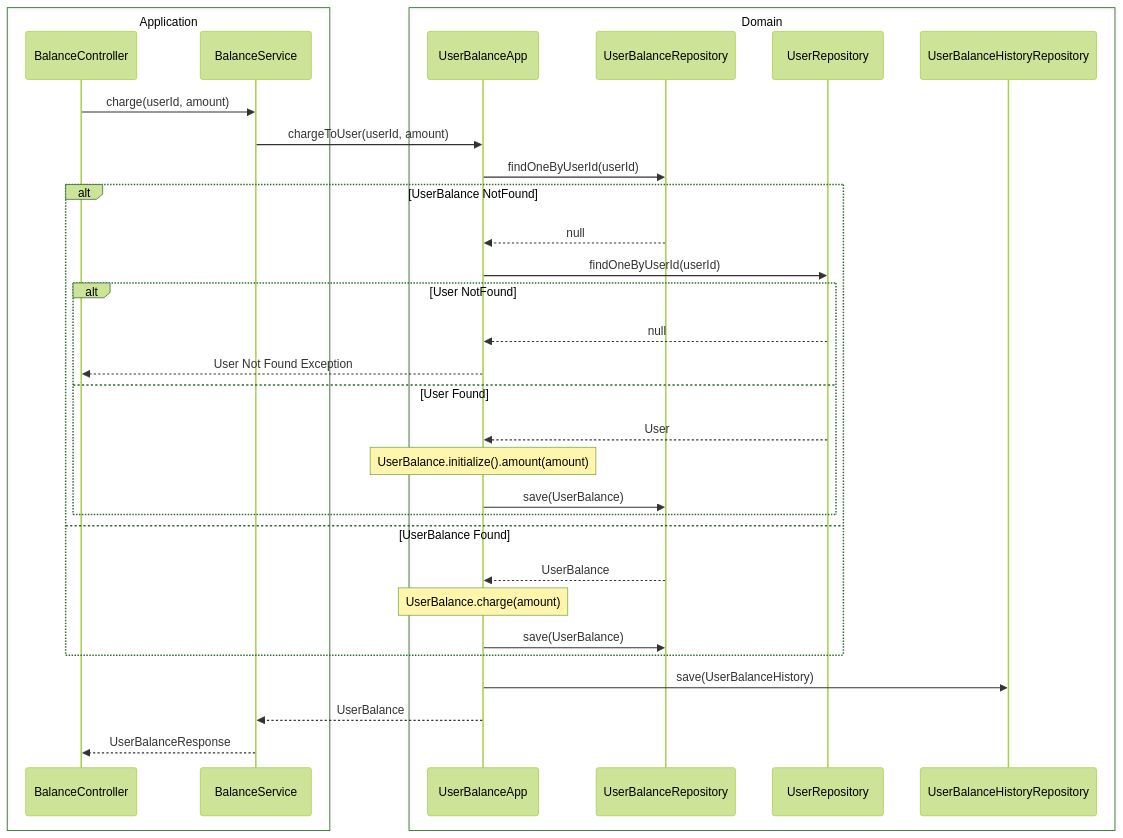
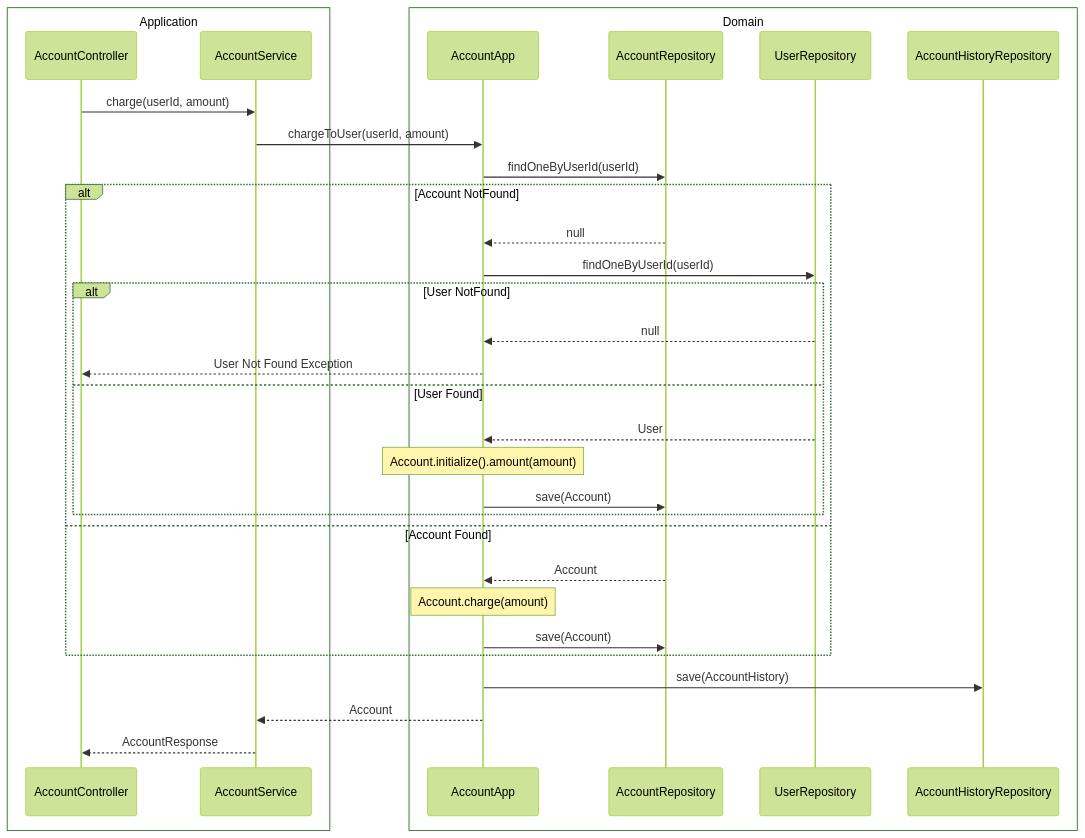
The fourth of 4 diagrams in docs/api/account.md (newbieJanghan/hh_plus_server), drawn with Mermaid (forest theme) before and after one commit. The commit also changed other lines of this file and 23 other files, not shown here.

Commit message:
Chore: rename balance to account

````diff
--- a/docs/api/account.md
+++ b/docs/api/account.md
@@ -174,38 +174,38 @@
 ```mermaid
 sequenceDiagram
     box Application
-        participant BalanceController
-        participant BalanceService
+        participant AccountController
+        participant AccountService
     end
 
     box Domain
-        participant UserBalanceApp
-        participant UserBalanceRepository
+        participant AccountApp
+        participant AccountRepository
         participant UserRepository
-        participant UserBalanceHistoryRepository
+        participant AccountHistoryRepository
     end
 
-    BalanceController ->> BalanceService: charge(userId, amount)
-    BalanceService ->> UserBalanceApp: chargeToUser(userId, amount)
+    AccountController ->> AccountService: charge(userId, amount)
+    AccountService ->> AccountApp: chargeToUser(userId, amount)
 #
-    UserBalanceApp ->> UserBalanceRepository: findOneByUserId(userId)
-    alt UserBalance NotFound
-        UserBalanceRepository -->> UserBalanceApp: null
-        UserBalanceApp ->> UserRepository: findOneByUserId(userId)
+    AccountApp ->> AccountRepository: findOneByUserId(userId)
+    alt Account NotFound
+        AccountRepository -->> AccountApp: null
+        AccountApp ->> UserRepository: findOneByUserId(userId)
         alt User NotFound
-            UserRepository -->> UserBalanceApp: null
-            UserBalanceApp -->> BalanceController: User Not Found Exception
+            UserRepository -->> AccountApp: null
+            AccountApp -->> AccountController: User Not Found Exception
         else User Found
-            UserRepository -->> UserBalanceApp: User
-            Note over UserBalanceApp: UserBalance.initialize().amount(amount)
-            UserBalanceApp ->> UserBalanceRepository: save(UserBalance)
+            UserRepository -->> AccountApp: User
+            Note over AccountApp: Account.initialize().amount(amount)
+            AccountApp ->> AccountRepository: save(Account)
         end
-    else UserBalance Found
-        UserBalanceRepository -->> UserBalanceApp: UserBalance
-        Note over UserBalanceApp: UserBalance.charge(amount)
-        UserBalanceApp ->> UserBalanceRepository: save(UserBalance)
+    else Account Found
+        AccountRepository -->> AccountApp: Account
+        Note over AccountApp: Account.charge(amount)
+        AccountApp ->> AccountRepository: save(Account)
     end
-    UserBalanceApp ->> UserBalanceHistoryRepository: save(UserBalanceHistory)
-    UserBalanceApp -->> BalanceService: UserBalance
-    BalanceService -->> BalanceController: UserBalanceResponse
+    AccountApp ->> AccountHistoryRepository: save(AccountHistory)
+    AccountApp -->> AccountService: Account
+    AccountService -->> AccountController: AccountResponse
 ```
````
